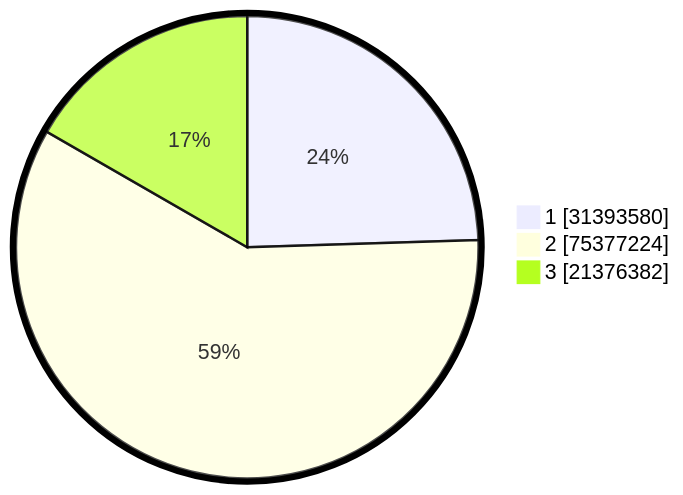
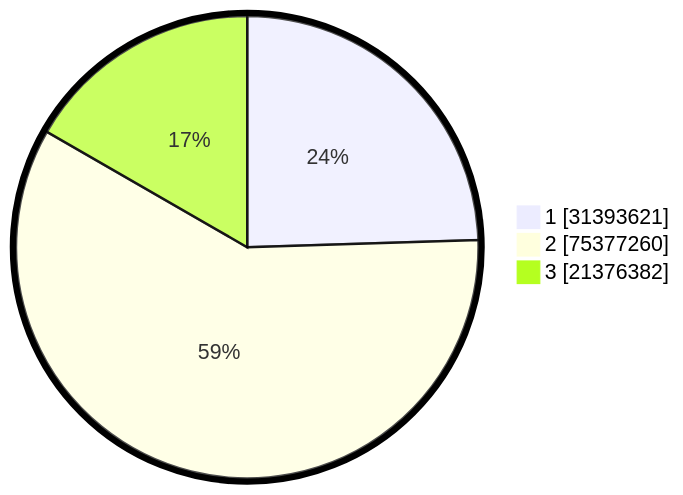
The second of 2 diagrams in pilpres/hitung-suara/README.md (gigit-pemilu/pemilu-2024), drawn with Mermaid before and after one commit. The commit also changed other lines of this file and 3 other files, not shown here.

````diff
--- a/pilpres/hitung-suara/README.md
+++ b/pilpres/hitung-suara/README.md
@@ -93,7 +93,7 @@
 ```mermaid
 %%{init: {"pie": {"textPosition": 0.5}, "themeVariables": {"pieOuterStrokeWidth": "5px"}} }%%
 pie showData
-    "1" : 31393580
-    "2" : 75377224
+    "1" : 31393621
+    "2" : 75377260
     "3" : 21376382
 ```
````
